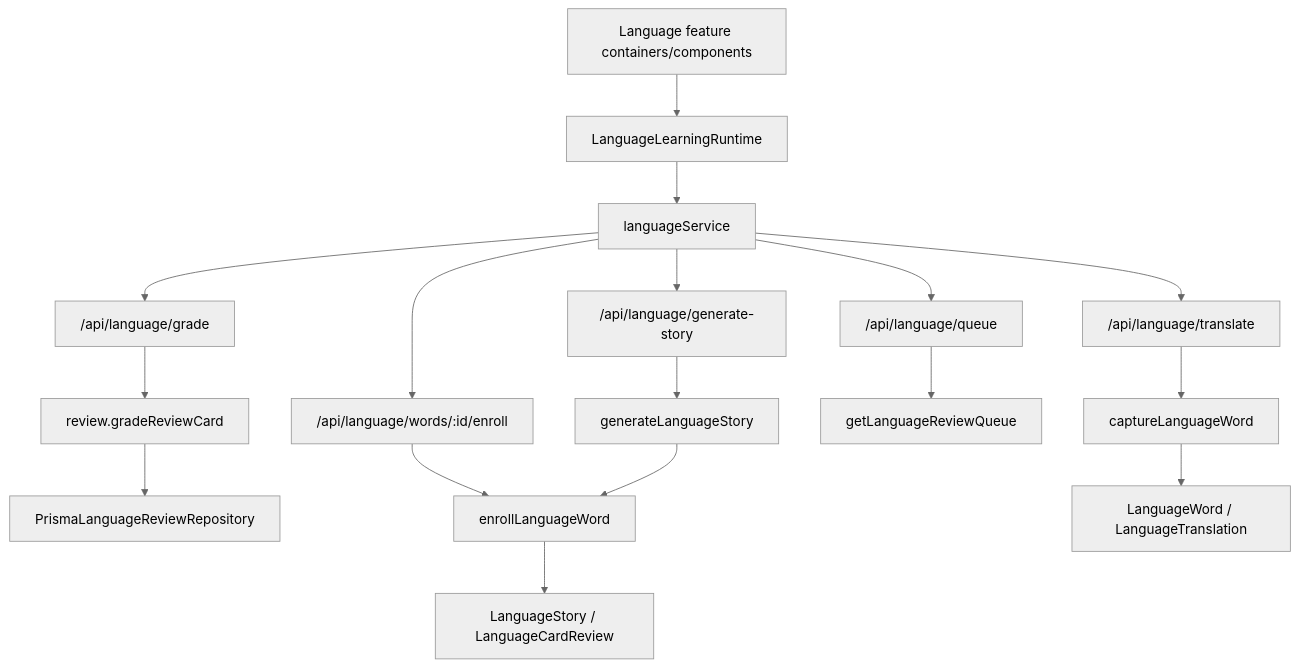
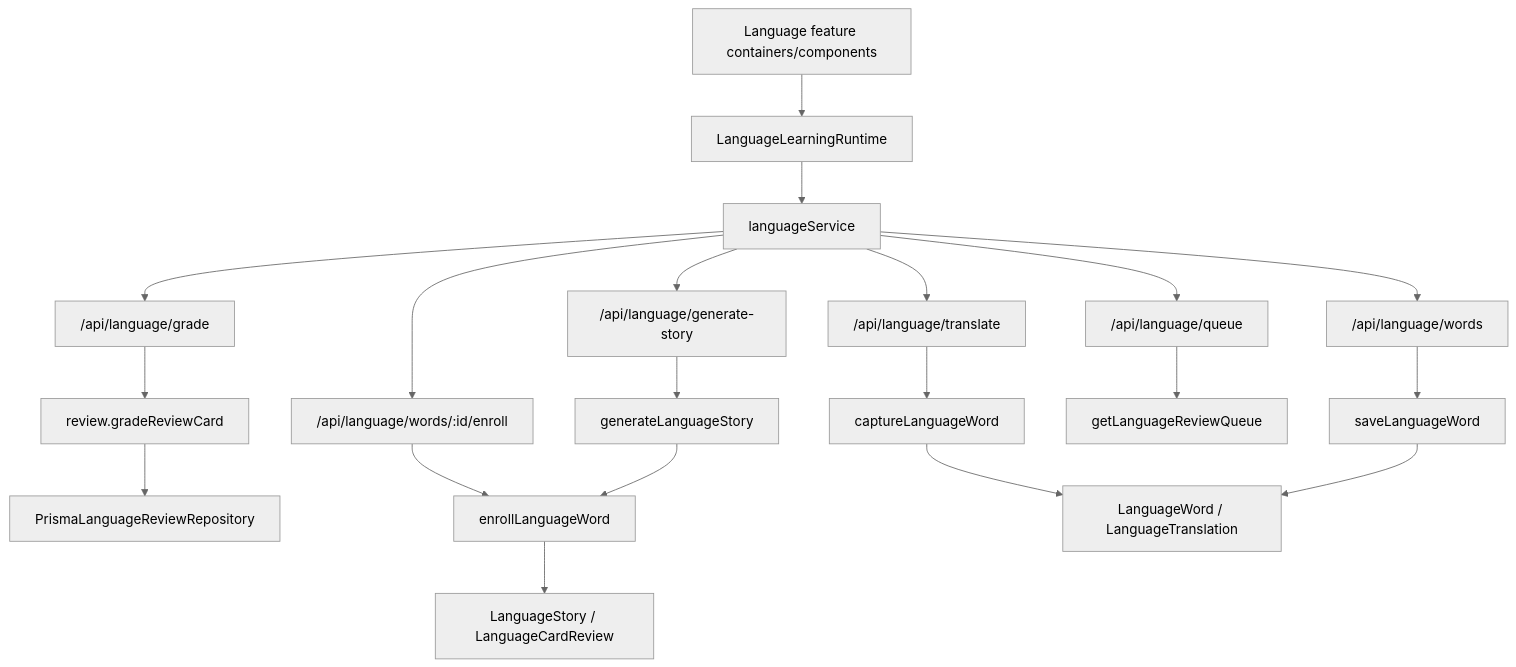
Before and after one commit to AM-Saad/CleverAI: the eighth of 15 diagrams in docs/MODULE_SYSTEM_DIAGRAMS.md, drawn with Mermaid (neutral theme). The commit also changed other lines of this file and 72 other files, not shown here.

````diff
--- a/docs/MODULE_SYSTEM_DIAGRAMS.md
+++ b/docs/MODULE_SYSTEM_DIAGRAMS.md
@@ -193,20 +193,23 @@
 ```mermaid
 flowchart TD
   LangUI["Language feature containers/components"] --> LangRuntime["LanguageLearningRuntime"]
   LangRuntime --> LangService["languageService"]
   LangService --> Translate["/api/language/translate"]
+  LangService --> SaveWord["/api/language/words"]
   LangService --> Story["/api/language/generate-story"]
   LangService --> Queue["/api/language/queue"]
   LangService --> GradeRoute["/api/language/grade"]
   LangService --> EnrollRoute["/api/language/words/:id/enroll"]
 
   Translate --> CaptureWord["captureLanguageWord"]
+  SaveWord --> SaveWordUseCase["saveLanguageWord"]
   Story --> GenerateStory["generateLanguageStory"]
   Queue --> QueueUseCase["getLanguageReviewQueue"]
   GradeRoute --> SharedGrade["review.gradeReviewCard"]
   SharedGrade --> LangRepo["PrismaLanguageReviewRepository"]
   EnrollRoute --> EnrollWord["enrollLanguageWord"]
   GenerateStory --> EnrollWord
   CaptureWord --> Prisma["LanguageWord / LanguageTranslation"]
+  SaveWordUseCase --> Prisma
   EnrollWord --> Prisma2["LanguageStory / LanguageCardReview"]
 ```
````
